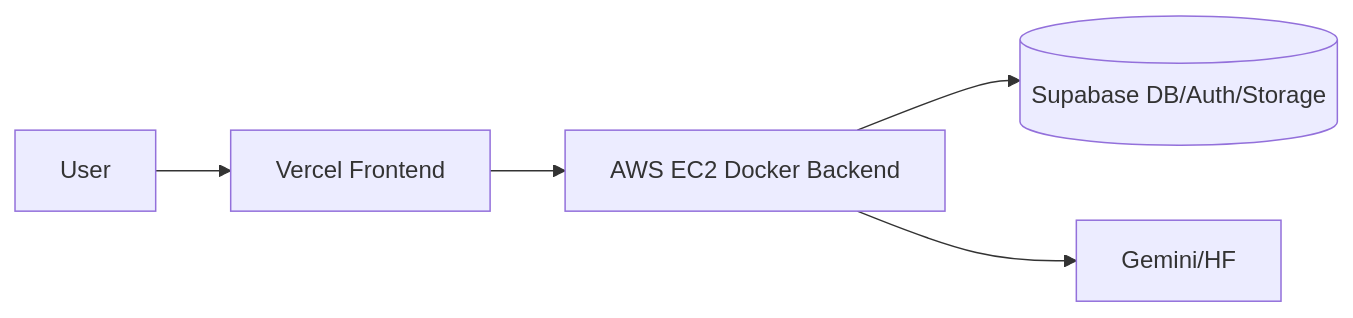
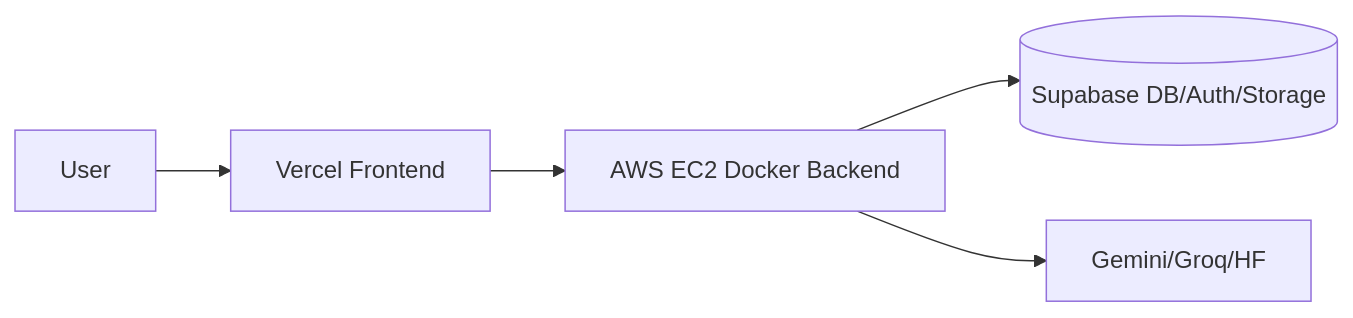
One commit to pranavvenu12/ai-hiring-os changed the sixth of 6 diagrams in docs/SYSTEM_DESIGN_DEEP_DIVE.md. Above: the diagram before and after it, drawn with Mermaid. The commit also changed other lines of this file and 2 other files, not shown here.

Commit message:
docs: update schema and architecture docs with candidate intelligence and groq fallback

````diff
--- a/docs/SYSTEM_DESIGN_DEEP_DIVE.md
+++ b/docs/SYSTEM_DESIGN_DEEP_DIVE.md
@@ -199,7 +202,7 @@
 ```mermaid
 graph LR
     User --> Vercel[Vercel Frontend]
     Vercel --> EC2[AWS EC2 Docker Backend]
     EC2 --> Supabase[(Supabase DB/Auth/Storage)]
-    EC2 --> AI[Gemini/HF]
+    EC2 --> AI[Gemini/Groq/HF]
 ```
````
